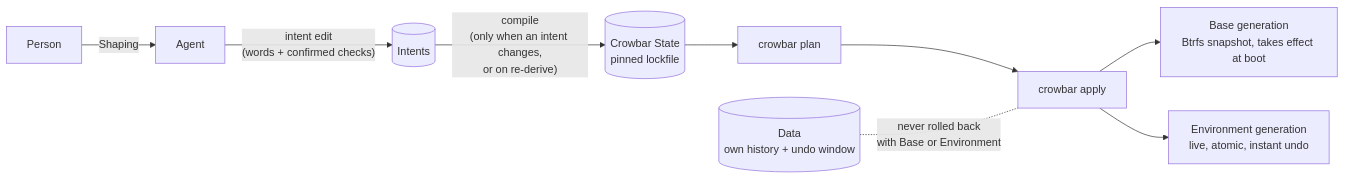
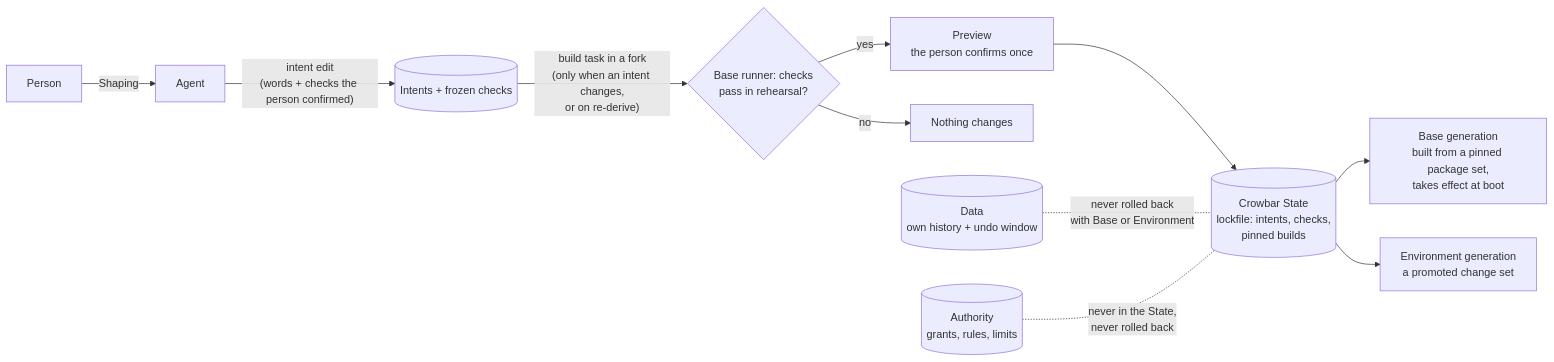
Before and after one commit to crowbaros/crowbaros: the first of 6 diagrams in docs/agent-first/design/state-and-apply-engine.md, drawn with Mermaid. The commit also changed other lines of this file and 25 other files, not shown here.

````diff
--- a/docs/agent-first/design/state-and-apply-engine.md
+++ b/docs/agent-first/design/state-and-apply-engine.md
@@ -30,11 +51,13 @@
 ```mermaid
 flowchart LR
     P[Person] -->|Shaping| AG[Agent]
-    AG -->|"intent edit<br/>(words + confirmed checks)"| I[(Intents)]
-    I -->|"compile<br/>(only when an intent changes,<br/>or on re-derive)"| S[(Crowbar State<br/>pinned lockfile)]
-    S --> PL[crowbar plan]
-    PL --> AP[crowbar apply]
-    AP --> B["Base generation<br/>Btrfs snapshot, takes effect at boot"]
-    AP --> E["Environment generation<br/>live, atomic, instant undo"]
-    D[("Data<br/>own history + undo window")] -. never rolled back<br/>with Base or Environment .- AP
+    AG -->|"intent edit<br/>(words + checks the person confirmed)"| I[(Intents + frozen checks)]
+    I -->|"build task in a fork<br/>(only when an intent changes,<br/>or on re-derive)"| V{"Base runner: checks<br/>pass in rehearsal?"}
+    V -- yes --> PV["Preview<br/>the person confirms once"]
+    PV --> S[(Crowbar State<br/>lockfile: intents, checks,<br/>pinned builds)]
+    V -- no --> X[Nothing changes]
+    S --> B["Base generation<br/>built from a pinned package set,<br/>takes effect at boot"]
+    S --> E["Environment generation<br/>a promoted change set"]
+    D[("Data<br/>own history + undo window")] -. never rolled back<br/>with Base or Environment .- S
+    A[("Authority<br/>grants, rules, limits")] -. never in the State,<br/>never rolled back .- S
 ```
````
